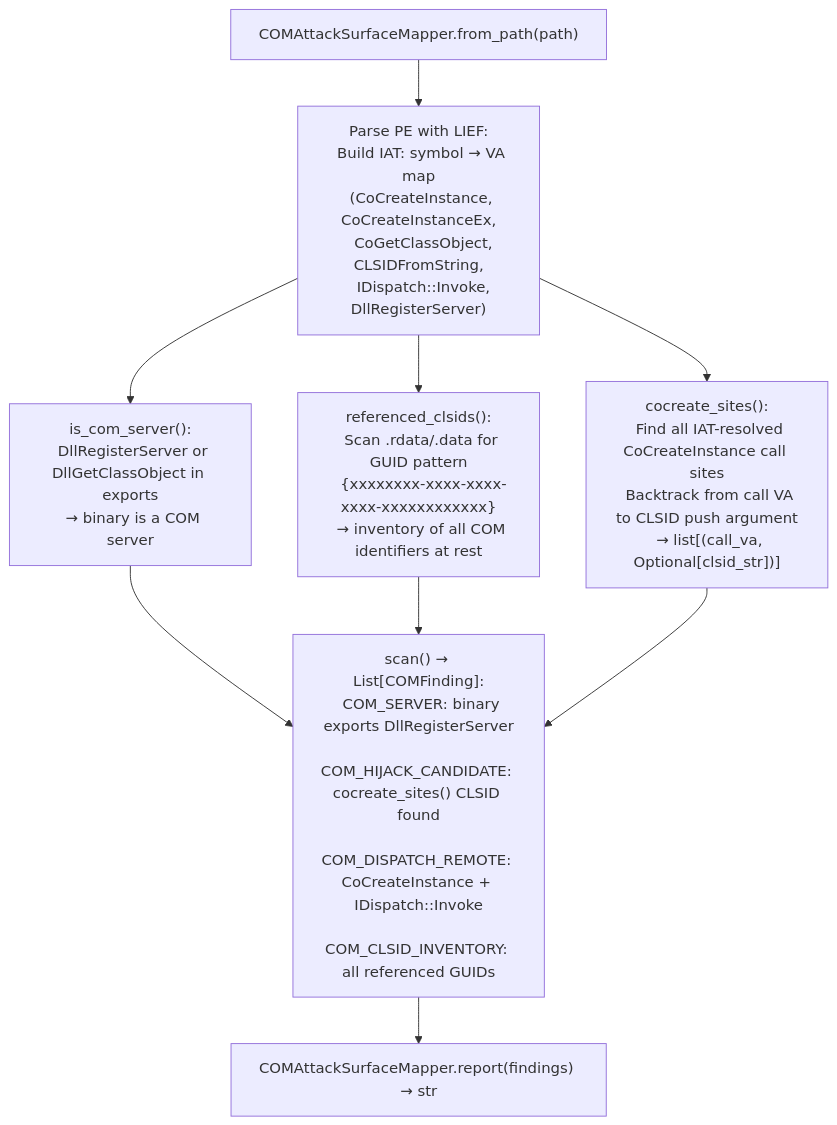
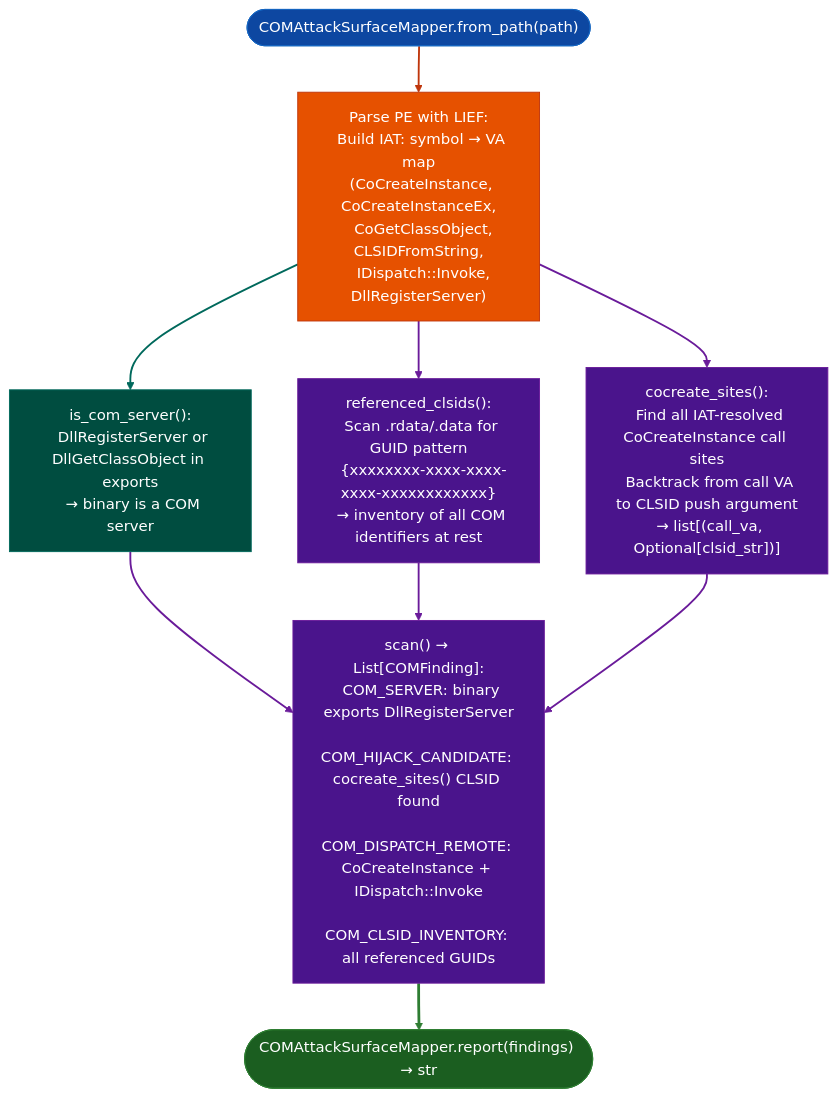
The diagram in docs/reference-modules/com-attack-surface-mapping.md (Ablation-Tool/ablation), drawn with Mermaid before and after one commit. The commit also changed 320 other files, not shown here.

First line of the commit message:
docs: apply canonical Mermaid template to all 321 diagrams

````diff
--- a/docs/reference-modules/com-attack-surface-mapping.md
+++ b/docs/reference-modules/com-attack-surface-mapping.md
@@ -19,11 +19,25 @@
 ```mermaid
 flowchart TD
-    A["COMAttackSurfaceMapper.from_path(path)"] --> B["Parse PE with LIEF:\n  Build IAT: symbol → VA map\n  (CoCreateInstance, CoCreateInstanceEx,\n   CoGetClassObject, CLSIDFromString,\n   IDispatch::Invoke, DllRegisterServer)"]
-    B --> C["is_com_server():\n  DllRegisterServer or DllGetClassObject in exports\n  → binary is a COM server"]
-    B --> D["referenced_clsids():\n  Scan .rdata/.data for GUID pattern\n  {xxxxxxxx-xxxx-xxxx-xxxx-xxxxxxxxxxxx}\n  → inventory of all COM identifiers at rest"]
-    B --> E["cocreate_sites():\n  Find all IAT-resolved CoCreateInstance call sites\n  Backtrack from call VA to CLSID push argument\n  → list[(call_va, Optional[clsid_str])]"]
-    C --> F["scan() → List[COMFinding]:\n  COM_SERVER: binary exports DllRegisterServer\n  COM_HIJACK_CANDIDATE: cocreate_sites() CLSID found\n  COM_DISPATCH_REMOTE: CoCreateInstance + IDispatch::Invoke\n  COM_CLSID_INVENTORY: all referenced GUIDs"]
-    D --> F
-    E --> F
-    F --> G["COMAttackSurfaceMapper.report(findings) → str"]
+    A(["COMAttackSurfaceMapper.from_path(path)"]):::input --> B["Parse PE with LIEF:\n  Build IAT: symbol → VA map\n  (CoCreateInstance, CoCreateInstanceEx,\n   CoGetClassObject, CLSIDFromString,\n   IDispatch::Invoke, DllRegisterServer)"]:::primary
+    B:::primary --> C["is_com_server():\n  DllRegisterServer or DllGetClassObject in exports\n  → binary is a COM server"]:::secondary
+    B:::primary --> D["referenced_clsids():\n  Scan .rdata/.data for GUID pattern\n  {xxxxxxxx-xxxx-xxxx-xxxx-xxxxxxxxxxxx}\n  → inventory of all COM identifiers at rest"]:::tertiary
+    B:::primary --> E["cocreate_sites():\n  Find all IAT-resolved CoCreateInstance call sites\n  Backtrack from call VA to CLSID push argument\n  → list[(call_va, Optional[clsid_str])]"]:::tertiary
+    C:::secondary --> F["scan() → List[COMFinding]:\n  COM_SERVER: binary exports DllRegisterServer\n  COM_HIJACK_CANDIDATE: cocreate_sites() CLSID found\n  COM_DISPATCH_REMOTE: CoCreateInstance + IDispatch::Invoke\n  COM_CLSID_INVENTORY: all referenced GUIDs"]:::tertiary
+    D:::tertiary --> F:::tertiary
+    E:::tertiary --> F:::tertiary
+    F:::tertiary --> G(["COMAttackSurfaceMapper.report(findings) → str"]):::output
+    classDef input     fill:#0d47a1,stroke:#1565c0,color:#fff
+    classDef primary   fill:#e65100,stroke:#bf360c,color:#fff
+    classDef secondary fill:#004d40,stroke:#00695c,color:#fff
+    classDef tertiary  fill:#4a148c,stroke:#6a1b9a,color:#fff
+    classDef neutral   fill:#37474f,stroke:#546e7a,color:#fff
+    classDef output    fill:#1b5e20,stroke:#2e7d32,color:#fff
+    linkStyle 0 stroke:#bf360c,stroke-width:2px
+    linkStyle 1 stroke:#00695c,stroke-width:2px
+    linkStyle 2 stroke:#6a1b9a,stroke-width:2px
+    linkStyle 3 stroke:#6a1b9a,stroke-width:2px
+    linkStyle 4 stroke:#6a1b9a,stroke-width:2px
+    linkStyle 5 stroke:#6a1b9a,stroke-width:2px
+    linkStyle 6 stroke:#6a1b9a,stroke-width:2px
+    linkStyle 7 stroke:#2e7d32,stroke-width:3px
 ```
````
